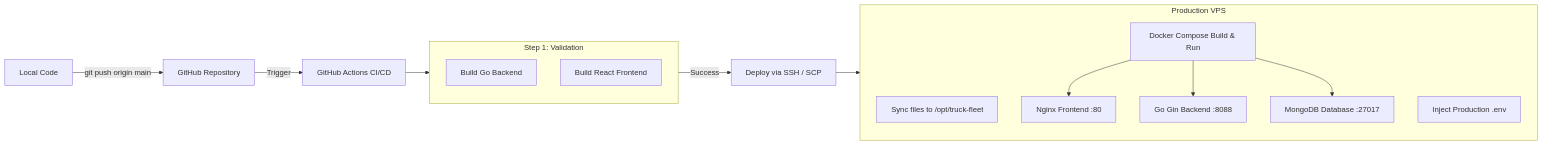
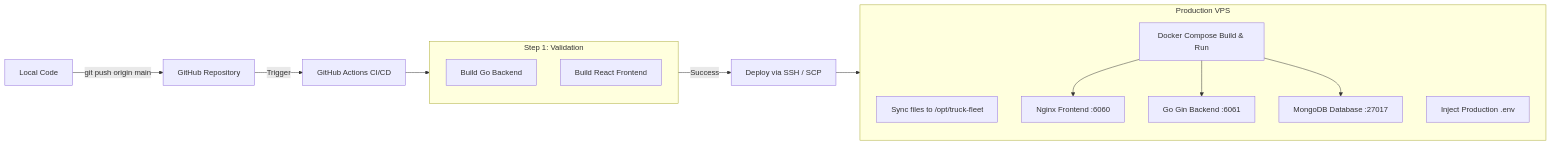
The diagram in DEPLOYMENT.md (amertii9/sino), drawn with Mermaid before and after one commit. The commit also changed other lines of this file and 11 other files, not shown here.

````diff
--- a/DEPLOYMENT.md
+++ b/DEPLOYMENT.md
@@ -22,23 +22,23 @@
 ```mermaid
 flowchart LR
     A[Local Code] -->|git push origin main| B[GitHub Repository]
     B -->|Trigger| C[GitHub Actions CI/CD]
     subgraph CI_Job ["Step 1: Validation"]
         D[Build Go Backend]
         E[Build React Frontend]
     end
     C --> CI_Job
     CI_Job -->|Success| F[Deploy via SSH / SCP]
     subgraph VPS ["Production VPS"]
         G[Sync files to /opt/truck-fleet]
         H[Inject Production .env]
         I[Docker Compose Build & Run]
-        J[Nginx Frontend :80]
-        K[Go Gin Backend :8088]
+        J[Nginx Frontend :6060]
+        K[Go Gin Backend :6061]
         L[MongoDB Database :27017]
         I --> J
         I --> K
         I --> L
     end
     F --> VPS
 ```
````
